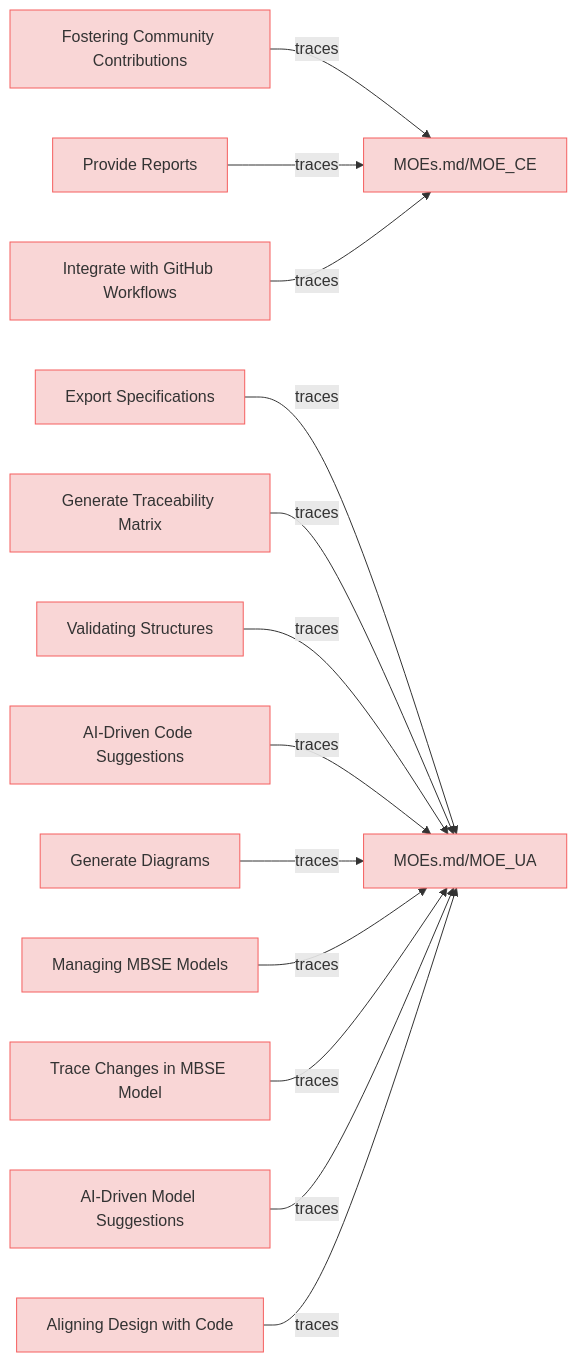
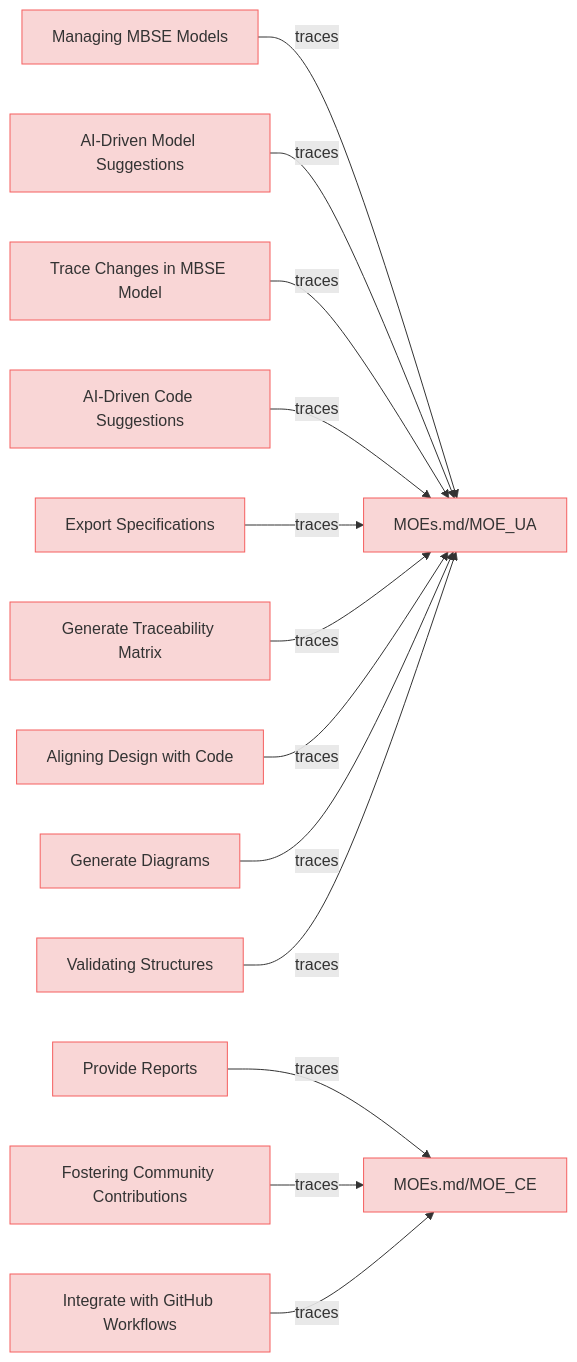
One commit to reqvire-org/reqvire changed the diagram in specifications/UserStories.md. Above: the diagram before and after it, drawn with Mermaid. The commit also changed other lines of this file and 17 other files, not shown here.

````diff
--- a/specifications/UserStories.md
+++ b/specifications/UserStories.md
@@ -11,63 +10,62 @@
 ```mermaid
 graph LR;
   %% Graph styling
   classDef requirement fill:#f9d6d6,stroke:#f55f5f,stroke-width:1px;
   classDef verification fill:#d6f9d6,stroke:#5fd75f,stroke-width:1px;
   classDef externalLink fill:#d0e0ff,stroke:#3080ff,stroke-width:1px;
   classDef default fill:#f5f5f5,stroke:#333333,stroke-width:1px;
-
-  cdc9a9c908["Fostering Community Contributions"];
-  click cdc9a9c908 "UserStories.md#fostering-community-contributions";
-  class cdc9a9c908 requirement;
+  852dea6cfe["Managing MBSE Models"];
+  click 852dea6cfe "UserStories.md#managing-mbse-models";
+  class 852dea6cfe requirement;
+  f6237e49f7["MOEs.md/MOE_UA"];
+  class f6237e49f7 requirement;
+  click f6237e49f7 "MOEs.md#moe_ua";
+  852dea6cfe -->|traces| f6237e49f7;
+  fe32882ee2["Provide Reports"];
+  click fe32882ee2 "UserStories.md#provide-reports";
+  class fe32882ee2 requirement;
   b3f57e49f7["MOEs.md/MOE_CE"];
   class b3f57e49f7 requirement;
   click b3f57e49f7 "MOEs.md#moe_ce";
-  cdc9a9c908 -->|traces| b3f57e49f7;
+  fe32882ee2 -->|traces| b3f57e49f7;
+  6912d98267["AI-Driven Model Suggestions"];
+  click 6912d98267 "UserStories.md#ai-driven-model-suggestions";
+  class 6912d98267 requirement;
+  6912d98267 -->|traces| f6237e49f7;
+  36d8b2eb16["Trace Changes in MBSE Model"];
+  click 36d8b2eb16 "UserStories.md#trace-changes-in-mbse-model";
+  class 36d8b2eb16 requirement;
+  36d8b2eb16 -->|traces| f6237e49f7;
+  a4657fca5a["AI-Driven Code Suggestions"];
+  click a4657fca5a "UserStories.md#ai-driven-code-suggestions";
+  class a4657fca5a requirement;
+  a4657fca5a -->|traces| f6237e49f7;
   100197ce81["Export Specifications"];
   click 100197ce81 "UserStories.md#export-specifications";
   class 100197ce81 requirement;
-  f6237e49f7["MOEs.md/MOE_UA"];
-  class f6237e49f7 requirement;
-  click f6237e49f7 "MOEs.md#moe_ua";
   100197ce81 -->|traces| f6237e49f7;
-  fe32882ee2["Provide Reports"];
-  click fe32882ee2 "UserStories.md#provide-reports";
-  class fe32882ee2 requirement;
-  fe32882ee2 -->|traces| b3f57e49f7;
   e4eb5bf7e5["Generate Traceability Matrix"];
   click e4eb5bf7e5 "UserStories.md#generate-traceability-matrix";
   class e4eb5bf7e5 requirement;
   e4eb5bf7e5 -->|traces| f6237e49f7;
+  cdc9a9c908["Fostering Community Contributions"];
+  click cdc9a9c908 "UserStories.md#fostering-community-contributions";
+  class cdc9a9c908 requirement;
+  cdc9a9c908 -->|traces| b3f57e49f7;
+  ba120b7caf["Integrate with GitHub Workflows"];
+  click ba120b7caf "UserStories.md#integrate-with-github-workflows";
+  class ba120b7caf requirement;
+  ba120b7caf -->|traces| b3f57e49f7;
+  de2d3516cd["Aligning Design with Code"];
+  click de2d3516cd "UserStories.md#aligning-design-with-code";
+  class de2d3516cd requirement;
+  de2d3516cd -->|traces| f6237e49f7;
+  cf0026c2fe["Generate Diagrams"];
+  click cf0026c2fe "UserStories.md#generate-diagrams";
+  class cf0026c2fe requirement;
+  cf0026c2fe -->|traces| f6237e49f7;
   a60d88b6e2["Validating Structures"];
   click a60d88b6e2 "UserStories.md#validating-structures";
   class a60d88b6e2 requirement;
   a60d88b6e2 -->|traces| f6237e49f7;
-  a4657fca5a["AI-Driven Code Suggestions"];
-  click a4657fca5a "UserStories.md#ai-driven-code-suggestions";
-  class a4657fca5a requirement;
-  a4657fca5a -->|traces| f6237e49f7;
-  cf0026c2fe["Generate Diagrams"];
-  click cf0026c2fe "UserStories.md#generate-diagrams";
-  class cf0026c2fe requirement;
-  cf0026c2fe -->|traces| f6237e49f7;
-  852dea6cfe["Managing MBSE Models"];
-  click 852dea6cfe "UserStories.md#managing-mbse-models";
-  class 852dea6cfe requirement;
-  852dea6cfe -->|traces| f6237e49f7;
-  36d8b2eb16["Trace Changes in MBSE Model"];
-  click 36d8b2eb16 "UserStories.md#trace-changes-in-mbse-model";
-  class 36d8b2eb16 requirement;
-  36d8b2eb16 -->|traces| f6237e49f7;
-  ba120b7caf["Integrate with GitHub Workflows"];
-  click ba120b7caf "UserStories.md#integrate-with-github-workflows";
-  class ba120b7caf requirement;
-  ba120b7caf -->|traces| b3f57e49f7;
-  6912d98267["AI-Driven Model Suggestions"];
-  click 6912d98267 "UserStories.md#ai-driven-model-suggestions";
-  class 6912d98267 requirement;
-  6912d98267 -->|traces| f6237e49f7;
-  de2d3516cd["Aligning Design with Code"];
-  click de2d3516cd "UserStories.md#aligning-design-with-code";
-  class de2d3516cd requirement;
-  de2d3516cd -->|traces| f6237e49f7;
 ```
````
